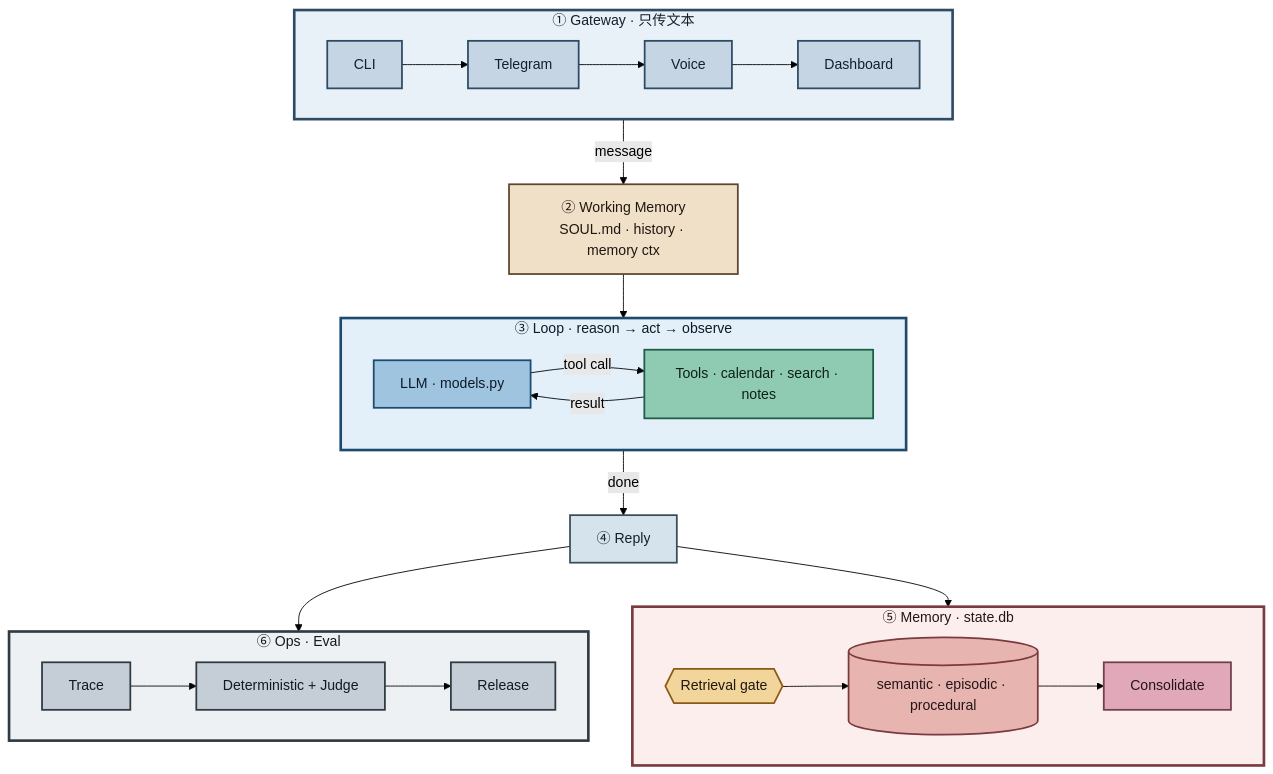
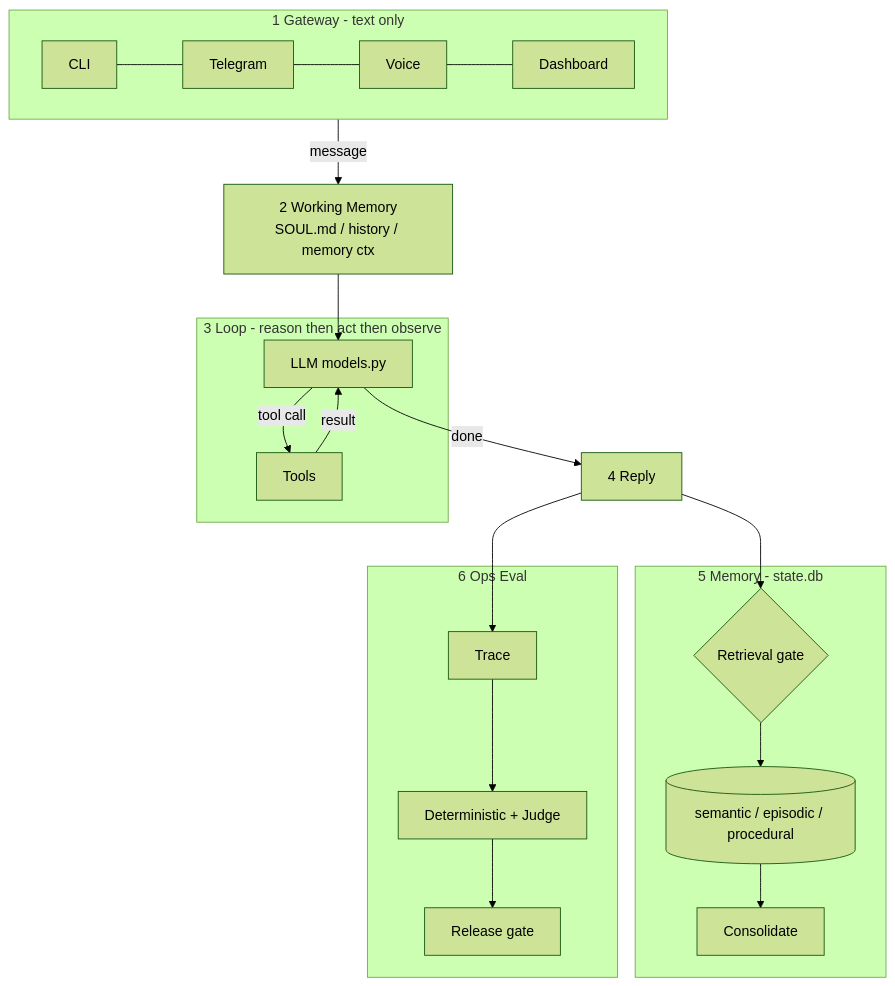
The first of 2 diagrams in 12-hermes-agent-small/README.md (juliepy/AI-Engineer-from-scrach), drawn with Mermaid (forest theme) before and after one commit. The commit also changed other lines of this file and 15 other files, not shown here.

First line of the commit message:
Simplify waku evals and stream release-gate progress.

````diff
--- a/12-hermes-agent-small/README.md
+++ b/12-hermes-agent-small/README.md
@@ -45,63 +59,31 @@
 ```mermaid
 flowchart TB
-  %% Gateway / Memory / Eval 内部一律横排
-
-  subgraph GW["① Gateway · 只传文本"]
-    direction LR
-    CLI["CLI"] --> TG["Telegram"] --> VO["Voice"] --> DASH["Dashboard"]
+  subgraph GW["1 Gateway - text only"]
+    CLI[CLI] --- TG[Telegram] --- VO[Voice] --- DASH[Dashboard]
   end
 
-  WM["② Working Memory<br/>SOUL.md · history · memory ctx"]
+  WM["2 Working Memory<br/>SOUL.md / history / memory ctx"]
 
-  subgraph LOOP["③ Loop · reason → act → observe"]
-    direction LR
-    LLM["LLM · models.py"] -->|"tool call"| TOOLS["Tools · calendar · search · notes"]
-    TOOLS -->|"result"| LLM
+  subgraph LOOP["3 Loop - reason then act then observe"]
+    LLM[LLM models.py] -->|tool call| TOOLS[Tools]
+    TOOLS -->|result| LLM
   end
 
-  REPLY["④ Reply"]
+  REPLY[4 Reply]
 
-  subgraph MEM["⑤ Memory · state.db"]
-    direction LR
-    GATE{{"Retrieval gate"}} --> STORE[("semantic · episodic · procedural")] --> CONS["Consolidate"]
+  subgraph MEM["5 Memory - state.db"]
+    GATE{Retrieval gate} --> STORE[(semantic / episodic / procedural)]
+    STORE --> CONS[Consolidate]
   end
 
-  subgraph OPS["⑥ Ops · Eval"]
-    direction LR
-    TRACE["Trace"] --> EVAL["Deterministic + Judge"] --> RGATE["Release"]
+  subgraph OPS["6 Ops Eval"]
+    TRACE[Trace] --> EVAL[Deterministic + Judge]
+    EVAL --> RGATE[Release gate]
   end
 
-  GW -->|"message"| WM
+  GW -->|message| WM
   WM --> LLM
-  LLM -->|"done"| REPLY
+  LLM -->|done| REPLY
   REPLY --> GATE
   REPLY --> TRACE
-
-  classDef gw fill:#C5D5E4,stroke:#2F4A63,color:#14202C,stroke-width:2px
-  classDef wm fill:#F0E0C8,stroke:#5C4630,color:#1F1710,stroke-width:2px
-  classDef llm fill:#9EC4E0,stroke:#1E4A6E,color:#0D1B28,stroke-width:2px
-  classDef tool fill:#8FCBB3,stroke:#1F5C45,color:#0D2018,stroke-width:2px
-  classDef reply fill:#D5E4EC,stroke:#3A4E58,color:#14202C,stroke-width:2px
-  classDef gate fill:#F2D59B,stroke:#8A5A18,color:#1F1710,stroke-width:2px
-  classDef mem fill:#E8B4B0,stroke:#7A3A40,color:#241618,stroke-width:2px
-  classDef cons fill:#E0A8B8,stroke:#6E404C,color:#241618,stroke-width:2px
-  classDef ops fill:#C5CDD6,stroke:#2F3A42,color:#14191E,stroke-width:2px
-  classDef boxGw fill:#E8F1F8,stroke:#2F4A63,color:#14202C,stroke-width:3px
-  classDef boxLoop fill:#E3F0FA,stroke:#1E4A6E,color:#0D1B28,stroke-width:3px
-  classDef boxMem fill:#FCEEEC,stroke:#7A3A40,color:#241618,stroke-width:3px
-  classDef boxOps fill:#EEF1F4,stroke:#2F3A42,color:#14191E,stroke-width:3px
-
-  class CLI,TG,VO,DASH gw
-  class WM wm
-  class LLM llm
-  class TOOLS tool
-  class REPLY reply
-  class GATE gate
-  class STORE mem
-  class CONS cons
-  class TRACE,EVAL,RGATE ops
-  class GW boxGw
-  class LOOP boxLoop
-  class MEM boxMem
-  class OPS boxOps
 ```
````
